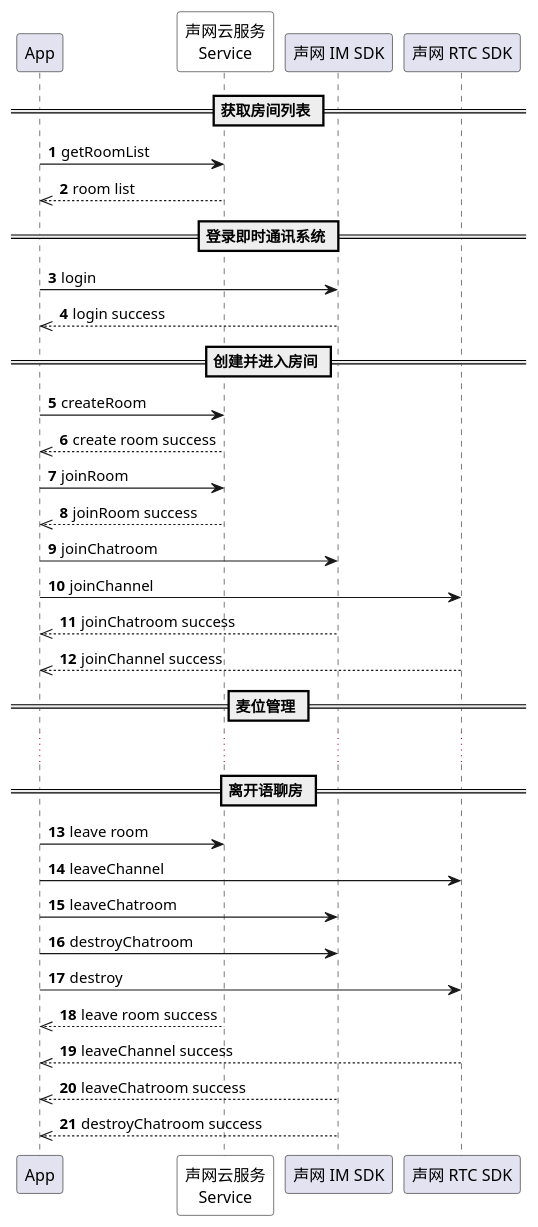
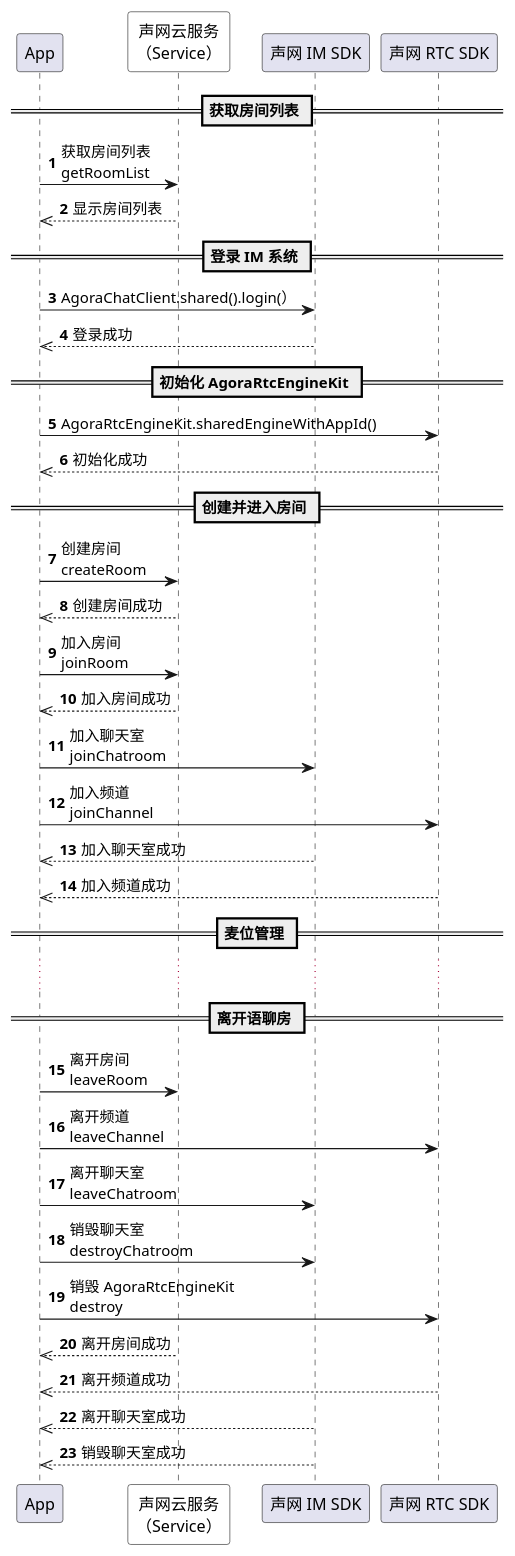
One commit to AgoraIO/agora_doc_source changed the diagram in markdown/chatroom/时序图.wsd. Above: the diagram before and after it, drawn with PlantUML. The commit also changed 2 other files, not shown here.

Commit message:
[chatroom] wip

```diff
--- a/markdown/chatroom/时序图.wsd
+++ b/markdown/chatroom/时序图.wsd
@@ -1,34 +1,37 @@
 @startuml
 autonumber
 participant "App" as a
-participant "声网云服务\nService" as b #White
+participant "声网云服务\n（Service）" as b #White
 participant "声网 IM SDK" as c
 participant "声网 RTC SDK" as d
 == 获取房间列表 ==
-a -> b: getRoomList
-b -->> a: room list
-== 登录即时通讯系统 ==
-a -> c: login
-c -->> a: login success
+a -> b: 获取房间列表 \ngetRoomList
+b -->> a: 显示房间列表
+== 登录 IM 系统 ==
+a -> c: AgoraChatClient.shared().login(）
+c -->> a: 登录成功
+== 初始化 AgoraRtcEngineKit ==
+a -> d: AgoraRtcEngineKit.sharedEngineWithAppId()
+d -->> a: 初始化成功
 == 创建并进入房间 ==
-a -> b: createRoom
-b -->> a: create room success
-a -> b: joinRoom
-b -->> a: joinRoom success
-a -> c: joinChatroom
-a -> d: joinChannel
-c -->> a: joinChatroom success
-d -->> a: joinChannel success
+a -> b: 创建房间 \ncreateRoom
+b -->> a: 创建房间成功
+a -> b: 加入房间 \njoinRoom
+b -->> a: 加入房间成功
+a -> c: 加入聊天室 \njoinChatroom
+a -> d: 加入频道 \njoinChannel
+c -->> a: 加入聊天室成功
+d -->> a: 加入频道成功
 == 麦位管理 ==
 ...
 == 离开语聊房 ==
-a -> b: leave room
-a -> d: leaveChannel
-a -> c: leaveChatroom
-a -> c: destroyChatroom
-a -> d: destroy
-b -->> a: leave room success
-d -->> a: leaveChannel success
-c -->> a: leaveChatroom success
-c -->> a: destroyChatroom success
+a -> b: 离开房间 \nleaveRoom
+a -> d: 离开频道 \nleaveChannel
+a -> c: 离开聊天室 \nleaveChatroom
+a -> c: 销毁聊天室 \ndestroyChatroom
+a -> d: 销毁 AgoraRtcEngineKit \ndestroy
+b -->> a: 离开房间成功
+d -->> a: 离开频道成功
+c -->> a: 离开聊天室成功
+c -->> a: 销毁聊天室成功
 @enduml
```
